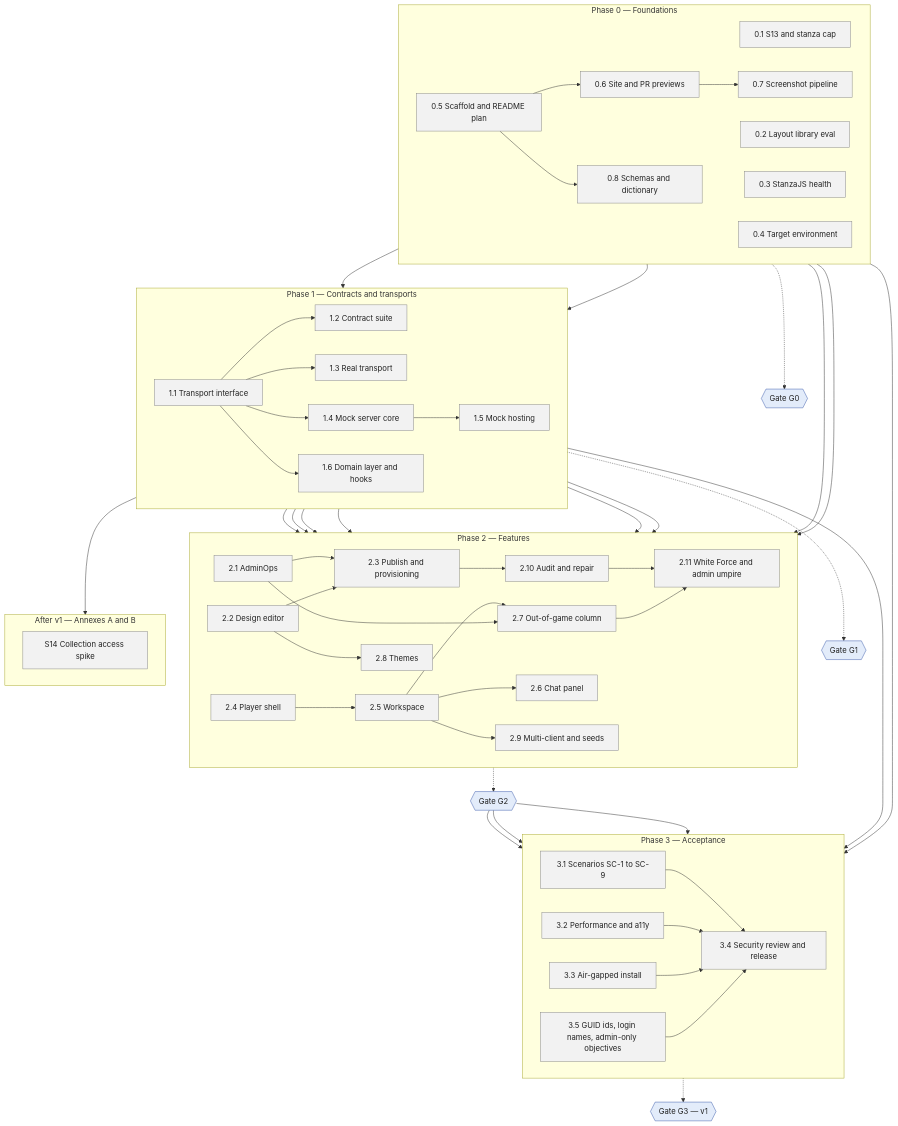
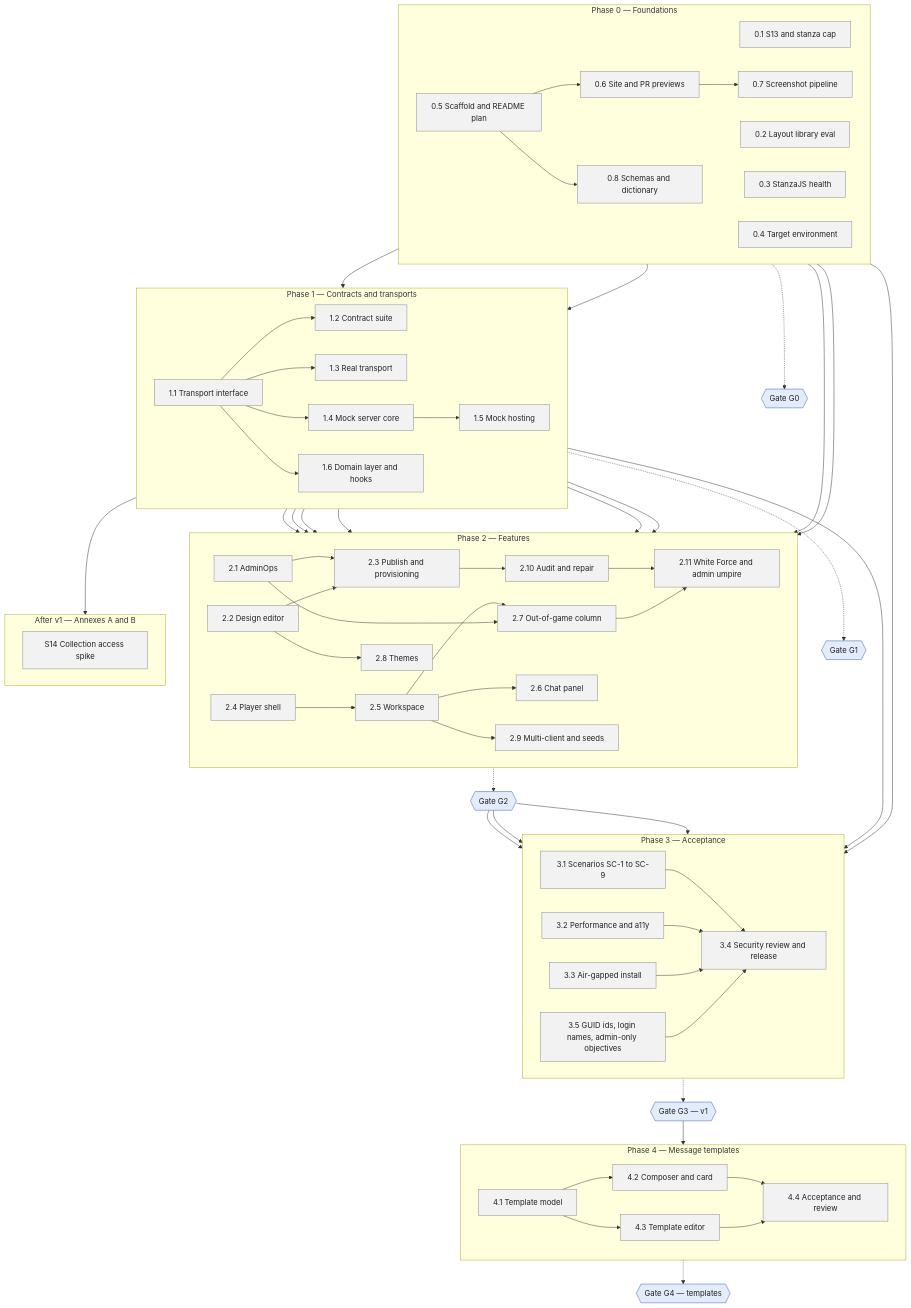
One commit to serge-web/war-rooms-x2 changed the diagram in WRX1-Dev-Plan.md. Above: the diagram before and after it, drawn with Mermaid. The commit also changed other lines of this file and 6 other files, not shown here.

First line of the commit message:
Phase 4 plan: message templates (Annex A) as WPs 4.1 to 4.4, with provisional answers

````diff
--- a/WRX1-Dev-Plan.md
+++ b/WRX1-Dev-Plan.md
@@ -141,6 +146,13 @@
         wp34["3.4 Security review and release"]
         wp35["3.5 GUID ids, login names, admin-only objectives"]
     end
+    subgraph P4["Phase 4 — Message templates"]
+        direction LR
+        wp41["4.1 Template model"]
+        wp42["4.2 Composer and card"]
+        wp43["4.3 Template editor"]
+        wp44["4.4 Acceptance and review"]
+    end
     subgraph PX["After v1 — Annexes A and B"]
         direction LR
         wps14["S14 Collection access spike"]
@@ -149,6 +161,7 @@
     G1{{"Gate G1"}}
     G2{{"Gate G2"}}
     G3{{"Gate G3 — v1"}}
+    G4{{"Gate G4 — templates"}}
 
     wp05 --> wp06 --> wp07
     wp05 --> wp08
@@ -173,11 +186,15 @@
     P2 -.-> G2
     G2 --> wp31 & wp32 & wp35
     P3 -.-> G3
+    G3 --> wp41
+    wp41 --> wp42 & wp43
+    wp42 & wp43 --> wp44
+    P4 -.-> G4
 
     classDef todo fill:#f2f2f2,stroke:#888,color:#222
     classDef active fill:#fff1c2,stroke:#c9a000,color:#222,stroke-width:2px
     classDef done fill:#d6f0dc,stroke:#2e7d32,color:#222
     classDef gate fill:#e3ecfa,stroke:#3b5bab,color:#222
-    class wp01,wp02,wp03,wp04,wp05,wp06,wp07,wp08,wp11,wp12,wp13,wp14,wp15,wp16,wp21,wp22,wp23,wp210,wp211,wp24,wp25,wp26,wp27,wp28,wp29,wp31,wp32,wp33,wp34,wp35,wps14 todo
-    class G0,G1,G2,G3 gate
+    class wp01,wp02,wp03,wp04,wp05,wp06,wp07,wp08,wp11,wp12,wp13,wp14,wp15,wp16,wp21,wp22,wp23,wp210,wp211,wp24,wp25,wp26,wp27,wp28,wp29,wp31,wp32,wp33,wp34,wp35,wps14,wp41,wp42,wp43,wp44 todo
+    class G0,G1,G2,G3,G4 gate
 ```
````
